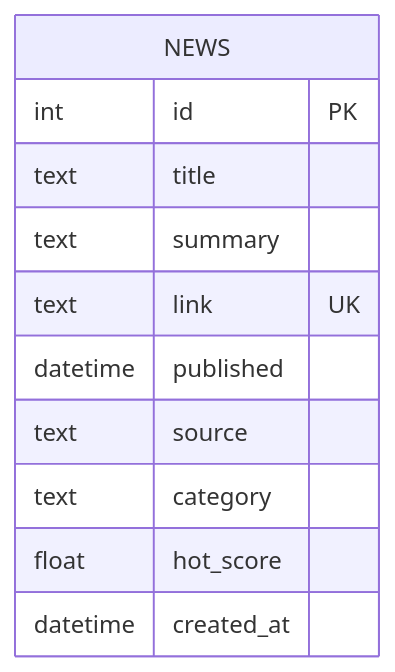
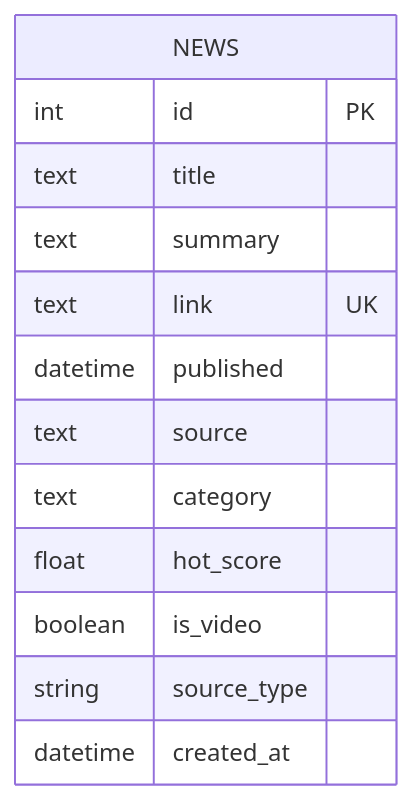
One commit to zbw-zbw/news-aggregator changed the fifth of 5 diagrams in .qoder/repowiki/en/content/RSS Crawler System/RSS Crawler System.md. Above: the diagram before and after it, drawn with Mermaid. The commit also changed other lines of this file and 9 other files, not shown here.

````diff
--- a/.qoder/repowiki/en/content/RSS Crawler System/RSS Crawler System.md
+++ b/.qoder/repowiki/en/content/RSS Crawler System/RSS Crawler System.md
@@ -426,14 +501,16 @@
 ```mermaid
 erDiagram
 NEWS {
 int id PK
 text title
 text summary
 text link UK
 datetime published
 text source
 text category
 float hot_score
+boolean is_video
+string source_type
 datetime created_at
 }
 ```
````
